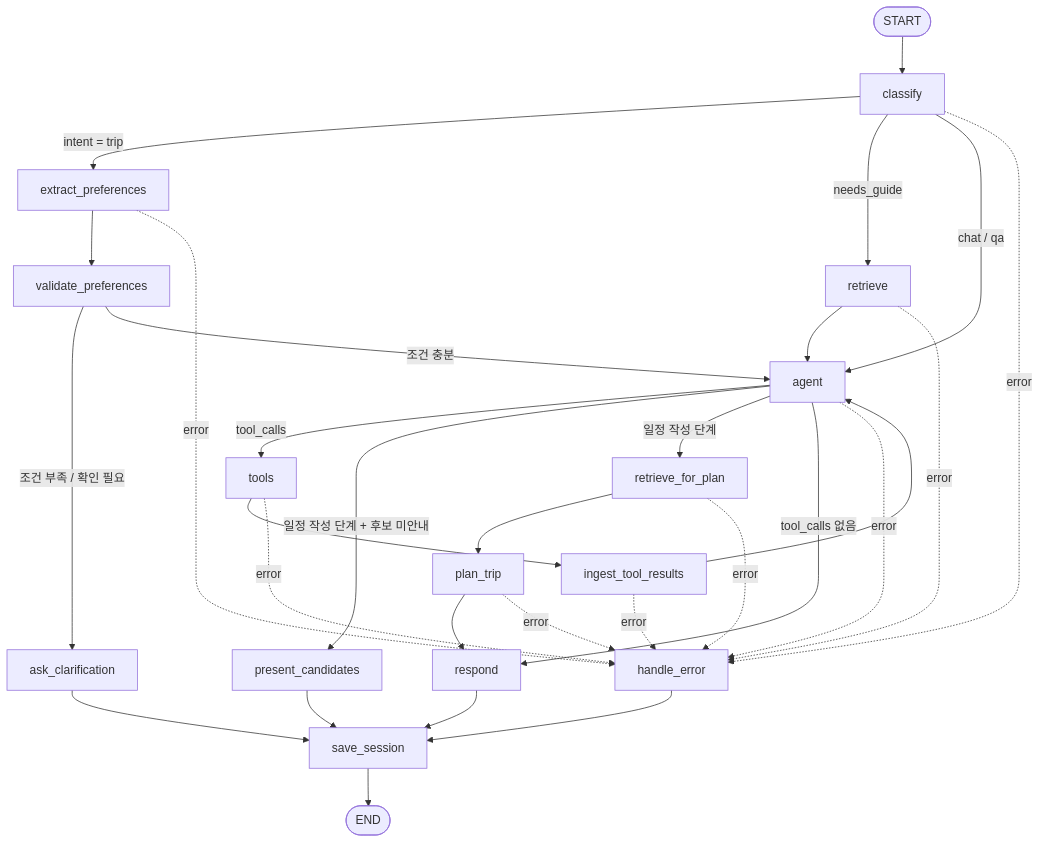
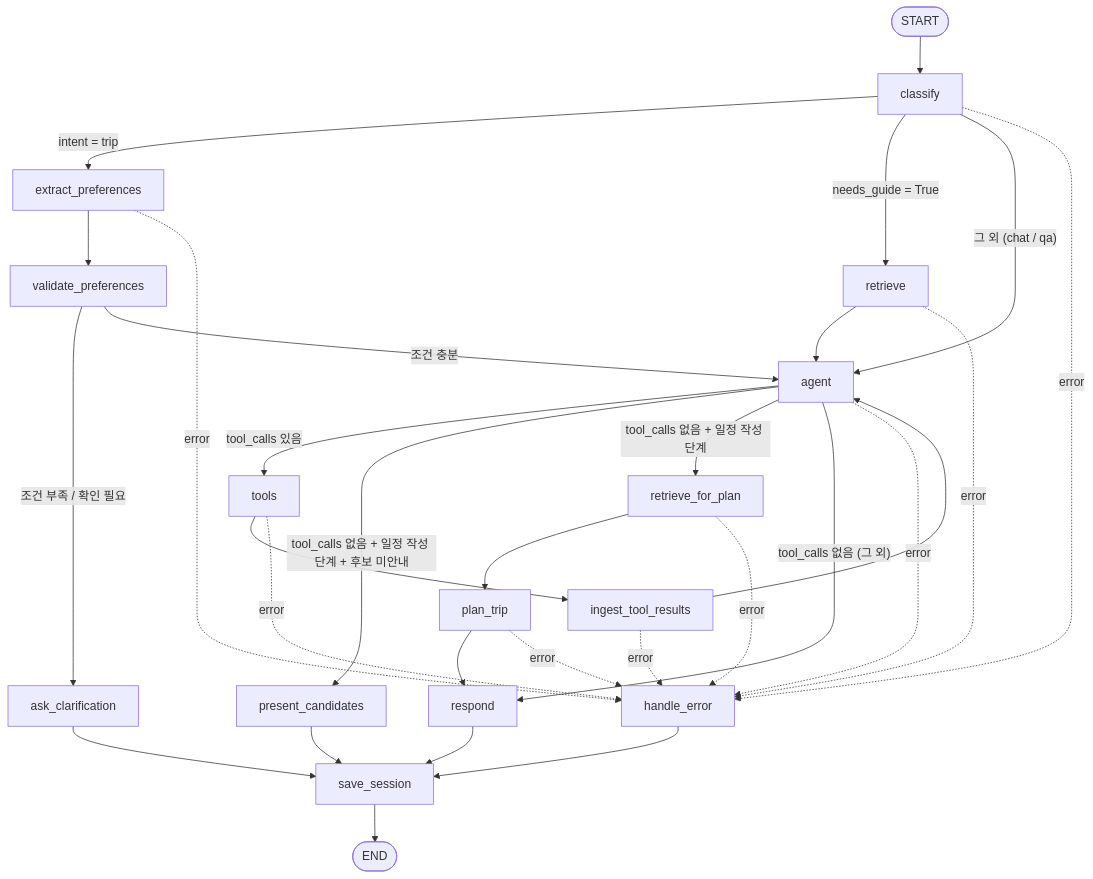
One commit to KDJ0899/test changed the diagram in docs/WORKFLOW_DESIGN.md. Above: the diagram before and after it, drawn with Mermaid. The commit also changed other lines of this file, not shown here.

````diff
--- a/docs/WORKFLOW_DESIGN.md
+++ b/docs/WORKFLOW_DESIGN.md
@@ -114,37 +111,30 @@
 ```mermaid
 flowchart TD
     START([START]) --> classify
 
-    classify -->|intent = trip| extract_preferences
-    classify -->|needs_guide| retrieve
-    classify -->|chat / qa| agent
+    classify -->|"intent = trip"| extract_preferences
+    classify -->|"needs_guide = True"| retrieve
+    classify -->|"그 외 (chat / qa)"| agent
 
     extract_preferences --> validate_preferences
-    validate_preferences -->|조건 부족 / 확인 필요| ask_clarification
-    validate_preferences -->|조건 충분| agent
+    validate_preferences -->|"조건 부족 / 확인 필요"| ask_clarification
+    validate_preferences -->|"조건 충분"| agent
 
     retrieve --> agent
 
-    agent -->|tool_calls| tools
-    agent -->|일정 작성 단계 + 후보 미안내| present_candidates
-    agent -->|일정 작성 단계| retrieve_for_plan
-    agent -->|tool_calls 없음| respond
+    agent -->|"tool_calls 있음"| tools
+    agent -->|"tool_calls 없음 + 일정 작성 단계 + 후보 미안내"| present_candidates
+    agent -->|"tool_calls 없음 + 일정 작성 단계"| retrieve_for_plan
+    agent -->|"tool_calls 없음 (그 외)"| respond
 
     tools --> ingest_tool_results --> agent
     retrieve_for_plan --> plan_trip --> respond
 
     ask_clarification --> save_session
     present_candidates --> save_session
     respond --> save_session
     handle_error --> save_session
     save_session --> END([END])
 
-    classify -. error .-> handle_error
-    extract_preferences -. error .-> handle_error
-    retrieve -. error .-> handle_error
-    agent -. error .-> handle_error
-    tools -. error .-> handle_error
-    ingest_tool_results -. error .-> handle_error
-    retrieve_for_plan -. error .-> handle_error
-    plan_trip -. error .-> handle_error
+    classify & extract_preferences & retrieve & agent & tools & ingest_tool_results & retrieve_for_plan & plan_trip -. error .-> handle_error
 ```
````
